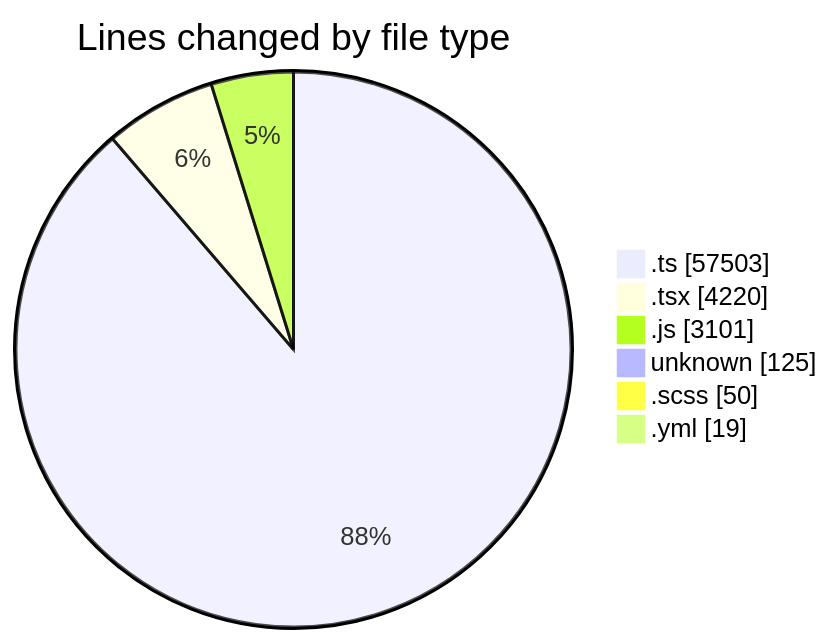
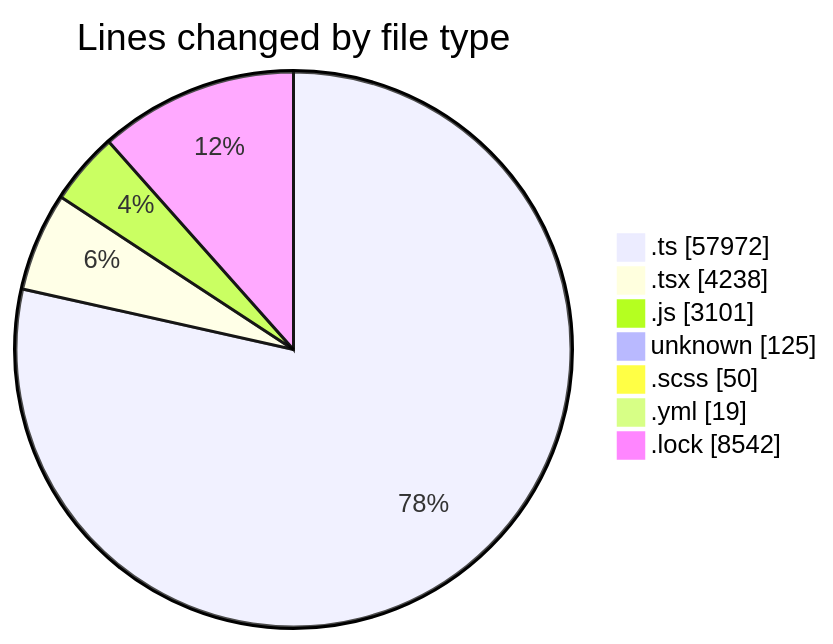
One commit to momahboobian/code-tracking changed the first of 2 diagrams in 2026-09-18/cda/README.md. Above: the diagram before and after it, drawn with Mermaid. The commit also changed other lines of this file and 1 other file, not shown here.

````diff
--- a/2026-09-18/cda/README.md
+++ b/2026-09-18/cda/README.md
@@ -59,10 +61,11 @@
 ```mermaid
 pie showData
 title Lines changed by file type
-".ts" : 57503
-".tsx" : 4220
+".ts" : 57972
+".tsx" : 4238
 ".js" : 3101
 "unknown" : 125
 ".scss" : 50
 ".yml" : 19
+".lock" : 8542
 ```
````
